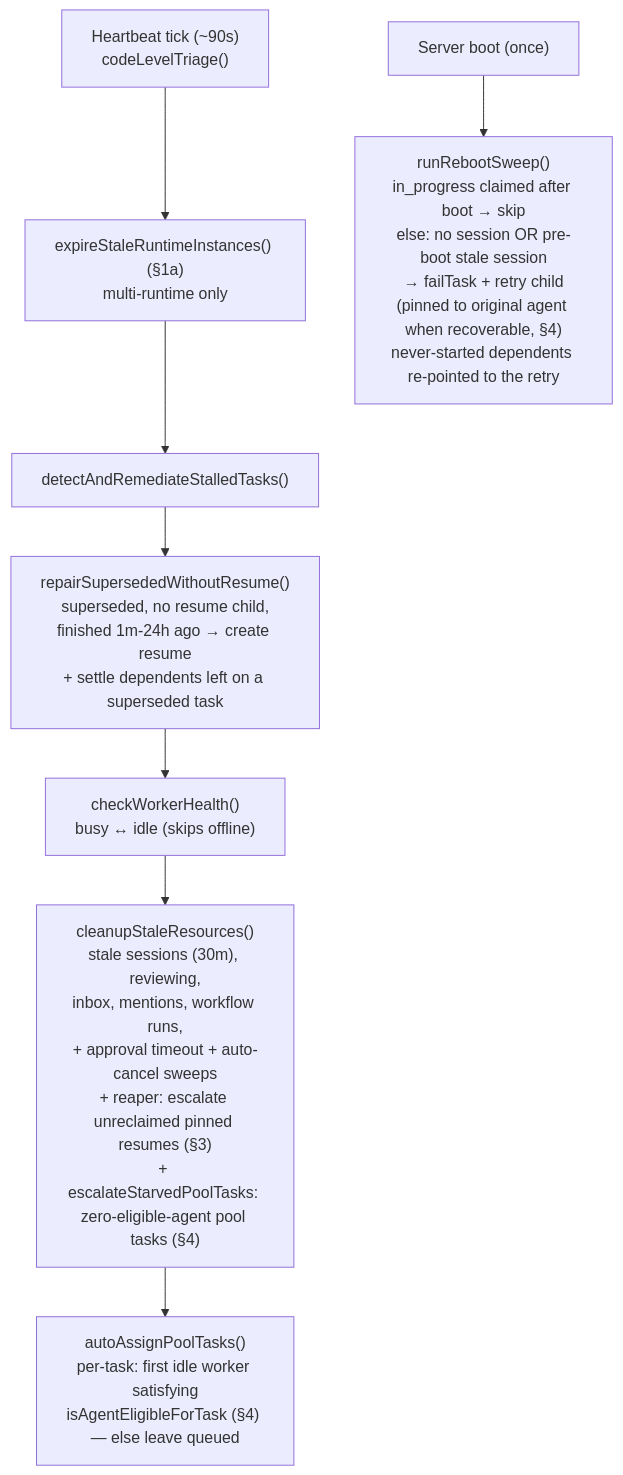
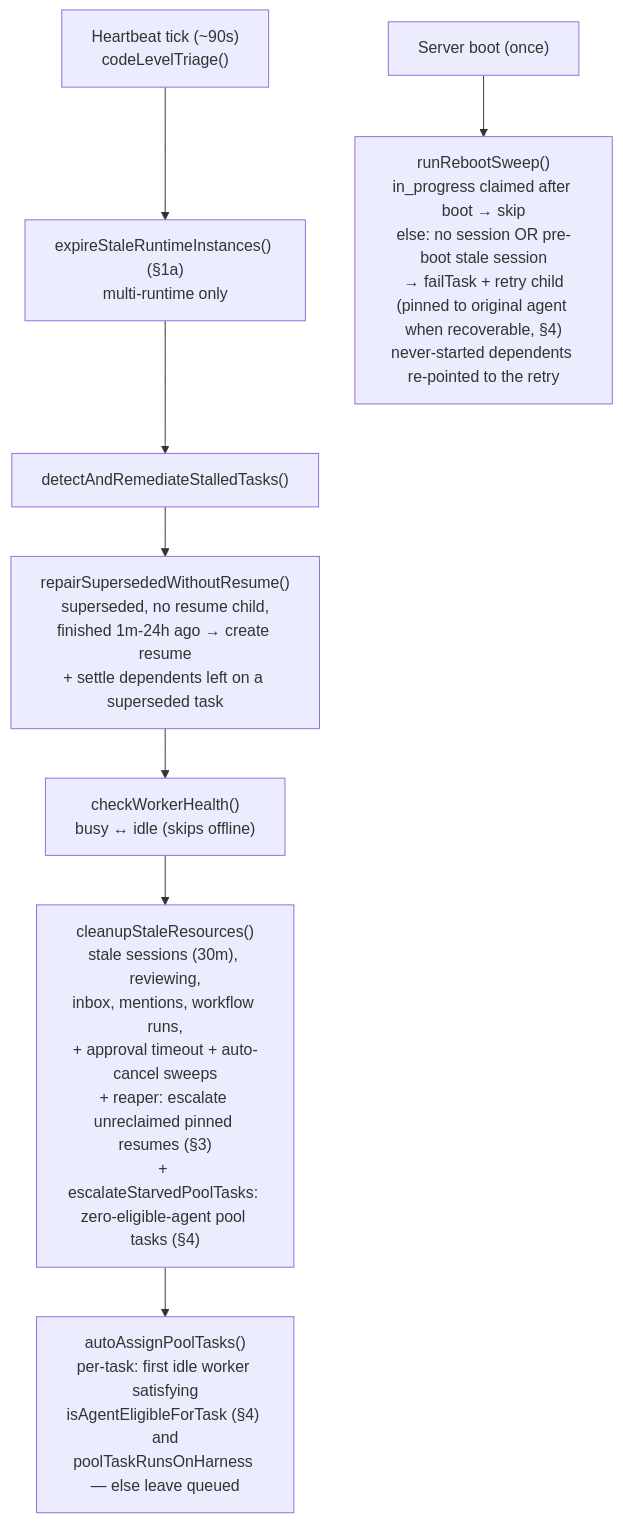
Before and after one commit to Capchase/agent-swarm: the first of 4 diagrams in runbooks/heartbeat-crash-recovery.md, drawn with Mermaid. The commit also changed other lines of this file, not shown here.

Commit message:
docs(runbooks): add the harness model filter to pool routing and starvation flow

````diff
--- a/runbooks/heartbeat-crash-recovery.md
+++ b/runbooks/heartbeat-crash-recovery.md
@@ -15,11 +15,11 @@
 ```mermaid
 flowchart TD
   tick["Heartbeat tick (~90s)<br/>codeLevelTriage()"] --> expire["expireStaleRuntimeInstances() (§1a)<br/>multi-runtime only"]
   expire --> detect["detectAndRemediateStalledTasks()"]
   detect --> repair["repairSupersededWithoutResume()<br/>superseded, no resume child,<br/>finished 1m-24h ago → create resume<br/>+ settle dependents left on a superseded task"]
   repair --> health["checkWorkerHealth()<br/>busy ↔ idle (skips offline)"]
   health --> cleanup["cleanupStaleResources()<br/>stale sessions (30m), reviewing,<br/>inbox, mentions, workflow runs,<br/>+ approval timeout + auto-cancel sweeps<br/>+ reaper: escalate unreclaimed pinned resumes (§3)<br/>+ escalateStarvedPoolTasks: zero-eligible-agent pool tasks (§4)"]
-  cleanup --> assign["autoAssignPoolTasks()<br/>per-task: first idle worker satisfying<br/>isAgentEligibleForTask (§4) — else leave queued"]
+  cleanup --> assign["autoAssignPoolTasks()<br/>per-task: first idle worker satisfying<br/>isAgentEligibleForTask (§4) and<br/>poolTaskRunsOnHarness — else leave queued"]
 
   boot["Server boot (once)"] --> reboot["runRebootSweep()<br/>in_progress claimed after boot → skip<br/>else: no session OR pre-boot stale session<br/>→ failTask + retry child<br/>(pinned to original agent when recoverable, §4)<br/>never-started dependents re-pointed to the retry"]
 ```
````
